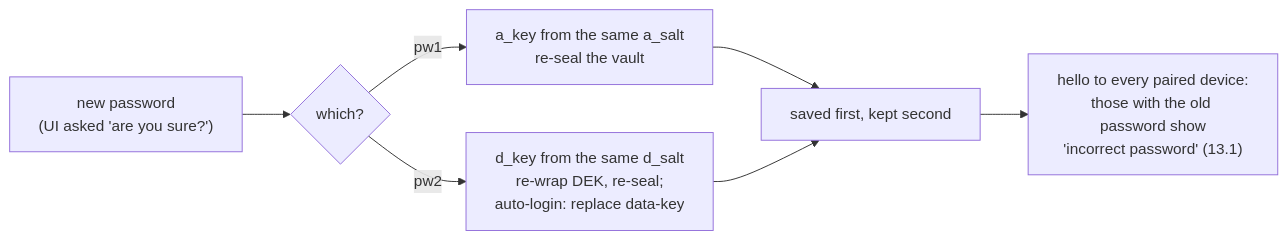
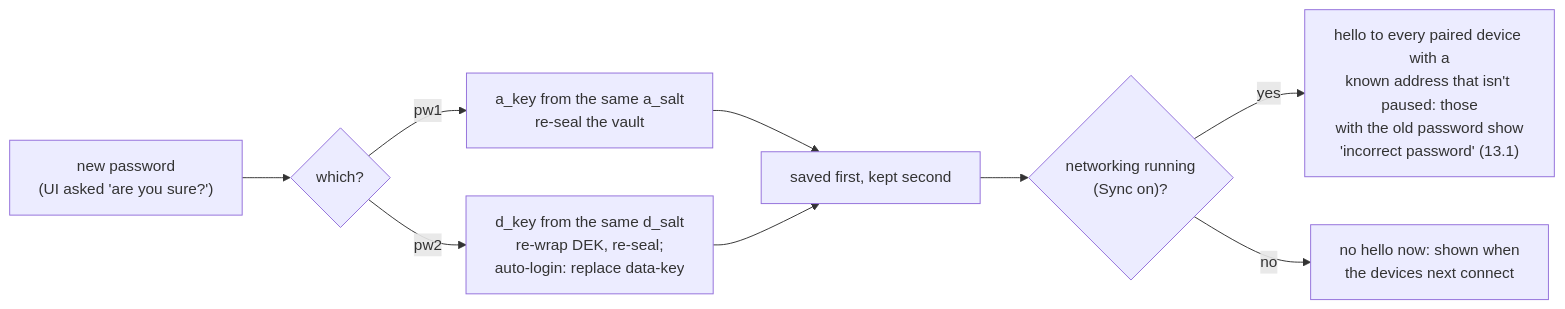
One commit to czarekkdev/cesaconn changed the fourth of 4 diagrams in docs/diagrams/keys-and-storage.md. Above: the diagram before and after it, drawn with Mermaid. The commit also changed 10 other files, not shown here.

First line of the commit message:
docs(diagrams): match the code on the review points

````diff
--- a/docs/diagrams/keys-and-storage.md
+++ b/docs/diagrams/keys-and-storage.md
@@ -65,9 +65,11 @@
 ```mermaid
 flowchart LR
     new["new password<br/>(UI asked 'are you sure?')"] --> kind{"which?"}
     kind -- pw1 --> a["a_key from the same a_salt<br/>re-seal the vault"]
     kind -- pw2 --> d["d_key from the same d_salt<br/>re-wrap DEK, re-seal;<br/>auto-login: replace data-key"]
     a --> saved["saved first, kept second"]
     d --> saved
-    saved --> hello["hello to every paired device:<br/>those with the old password show<br/>'incorrect password' (13.1)"]
+    saved --> net{"networking running<br/>(Sync on)?"}
+    net -- yes --> hello["hello to every paired device with a<br/>known address that isn't paused: those<br/>with the old password show<br/>'incorrect password' (13.1)"]
+    net -- no --> later["no hello now: shown when<br/>the devices next connect"]
 ```
````
